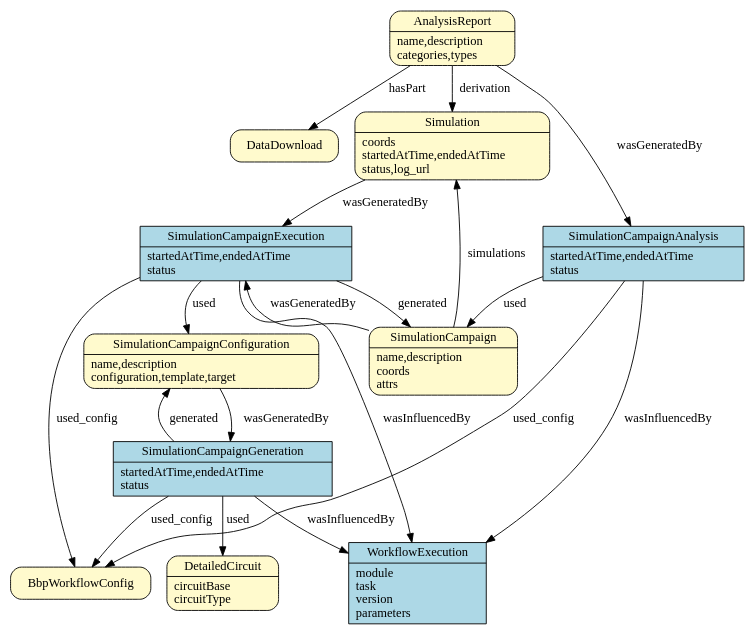
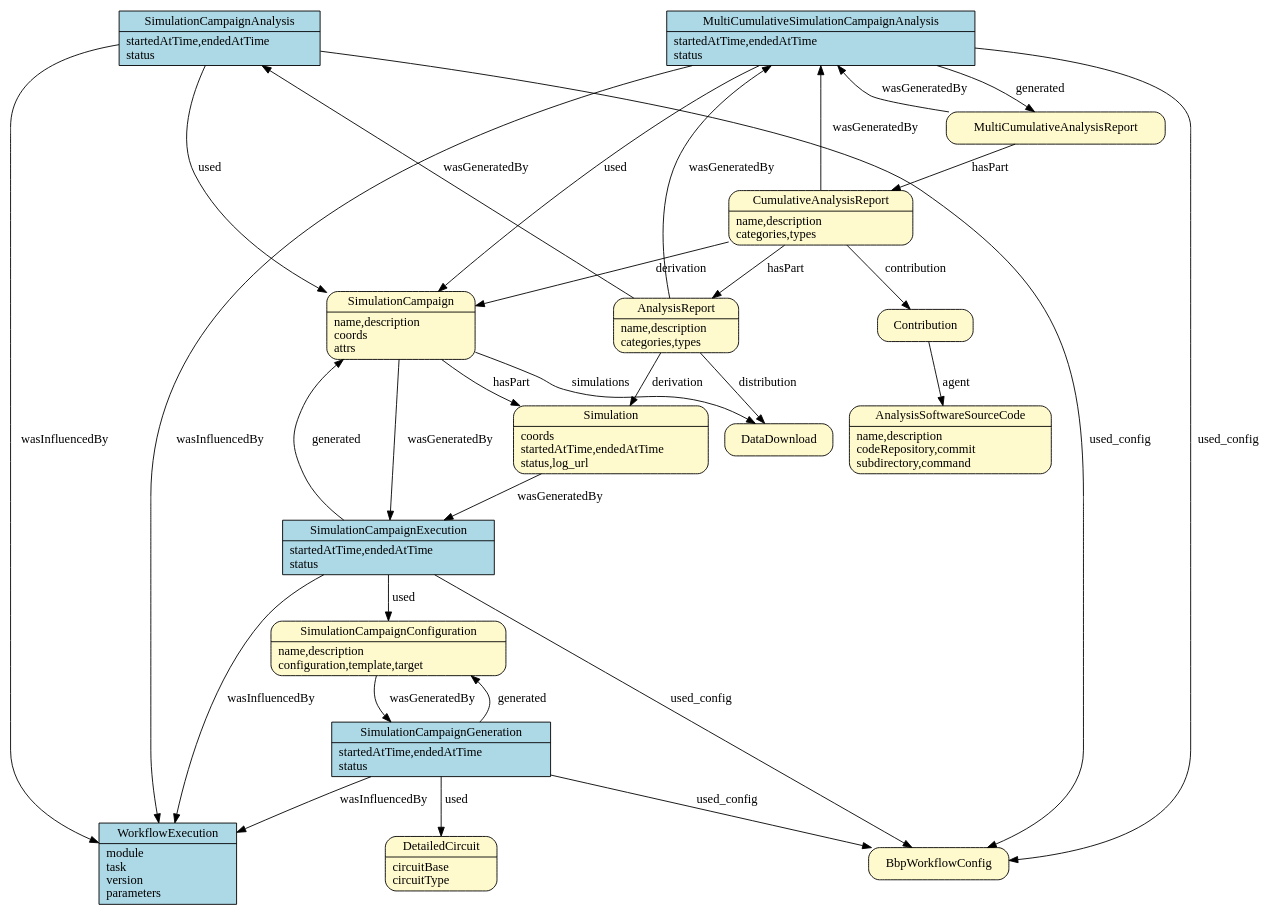
The fourth of 4 diagrams in doc/source/prov_patterns.rst (BlueBrain/entity-management), drawn with Graphviz before and after one commit. The commit also changed 1 other file, not shown here.

Commit message:
[BBPP134-874] Add CumulativeAnalysisReport model
* the connection `AnalysisReport -> DataDownload` is `distribution`, instead of `hasPart` (now it's synchronised with the code)
* the connection `SimulationCampaign -> Simulation` is `hasPart` to link multiple Simulations, instead of `simulation` (need changes to the code)
* added `CumulativeAnalysisReport`, linked to multiple `AnalysisReport` with `hasPart` (need changes to the code)
* added CumulativeAnalysisReport -> (contribution, agent) -> AnalysisSoftwareSourceCode

```diff
--- a/doc/source/prov_patterns.rst
+++ b/doc/source/prov_patterns.rst
@@ -137,11 +137,37 @@
             href = "../generated/entity_management.simulation.html#entity_management.simulation.SimulationCampaignAnalysis"
             target = "_top"
         ]
+        MultiCumulativeSimulationCampaignAnalysis [
+            shape = record style = filled fillcolor = lightblue
+            label = "{MultiCumulativeSimulationCampaignAnalysis|startedAtTime,endedAtTime\lstatus\l}"
+            href = "../generated/entity_management.simulation.html#entity_management.simulation.MultiCumulativeSimulationCampaignAnalysis"
+            target = "_top"
+        ]
         AnalysisReport [
             shape = Mrecord style = filled fillcolor = lemonchiffon
             label = "{AnalysisReport|name,description\lcategories,types\l}"
             href = "../generated/entity_management.simulation.html#entity_management.simulation.AnalysisReport"
             target = "_top"
+        ]
+        CumulativeAnalysisReport [
+            shape = Mrecord style = filled fillcolor = lemonchiffon
+            label = "{CumulativeAnalysisReport|name,description\lcategories,types\l}"
+            href = "../generated/entity_management.simulation.html#entity_management.simulation.CumulativeAnalysisReport"
+            target = "_top"
+        ]
+        MultiCumulativeAnalysisReport [
+            shape = Mrecord style = filled fillcolor = lemonchiffon
+            href = "../generated/entity_management.simulation.html#entity_management.simulation.MultiCumulativeAnalysisReport"
+            target = "_top"
+        ]
+        AnalysisSoftwareSourceCode [
+            shape = Mrecord style = filled fillcolor = lemonchiffon
+            label = "{AnalysisSoftwareSourceCode|name,description\lcodeRepository,commit\lsubdirectory,command\l}"
+            href = "../generated/entity_management.simulation.html#entity_management.simulation.AnalysisSoftwareSourceCode"
+            target = "_top"
+        ]
+        Contribution [
+            shape = Mrecord style = filled fillcolor = lemonchiffon
         ]
         WorkflowExecution [
             shape = record style = filled fillcolor = lightblue
@@ -149,7 +175,8 @@
             href = "../generated/entity_management.core.html#entity_management.core.WorkflowExecution"
             target = "_top"
         ]
-        { rank=same SimulationCampaignConfiguration SimulationCampaign }
+        { rank=same SimulationCampaignAnalysis MultiCumulativeSimulationCampaignAnalysis }
+        # simulation
         SimulationCampaignGeneration -> BbpWorkflowConfig [label = "used_config"];
         SimulationCampaignGeneration -> DetailedCircuit [label = "used"];
         SimulationCampaignConfiguration -> SimulationCampaignGeneration [label = "wasGeneratedBy"];
@@ -160,12 +187,26 @@
         SimulationCampaignExecution -> SimulationCampaign [label = "generated"];
         SimulationCampaignExecution -> WorkflowExecution [label = "wasInfluencedBy"];
         SimulationCampaign -> SimulationCampaignExecution [label = "wasGeneratedBy"];
-        SimulationCampaign -> Simulation [label = "simulations"];
+        SimulationCampaign -> Simulation [label = "hasPart"];
+        SimulationCampaign -> DataDownload [label = "simulations"];
         Simulation -> SimulationCampaignExecution [label = "wasGeneratedBy"];
+        # analysis
         SimulationCampaignAnalysis -> BbpWorkflowConfig [label = "used_config"];
         SimulationCampaignAnalysis -> SimulationCampaign [label = "used"];
         SimulationCampaignAnalysis -> WorkflowExecution [label = "wasInfluencedBy"];
+        MultiCumulativeSimulationCampaignAnalysis -> BbpWorkflowConfig [label = "used_config"];
+        MultiCumulativeSimulationCampaignAnalysis -> SimulationCampaign [label = "used"];
+        MultiCumulativeSimulationCampaignAnalysis -> WorkflowExecution [label = "wasInfluencedBy"];
+        MultiCumulativeSimulationCampaignAnalysis -> MultiCumulativeAnalysisReport [label = "generated"];
         AnalysisReport -> Simulation [label = "derivation"];
         AnalysisReport -> SimulationCampaignAnalysis [label = "wasGeneratedBy"];
-        AnalysisReport -> DataDownload [label = "hasPart"];
+        AnalysisReport -> MultiCumulativeSimulationCampaignAnalysis [label = "wasGeneratedBy"];
+        AnalysisReport -> DataDownload [label = "distribution"];
+        CumulativeAnalysisReport -> SimulationCampaign [label = "derivation"];
+        CumulativeAnalysisReport -> MultiCumulativeSimulationCampaignAnalysis [label = "wasGeneratedBy"];
+        CumulativeAnalysisReport -> AnalysisReport [label = "hasPart"];
+        CumulativeAnalysisReport -> Contribution [label = "contribution"];
+        Contribution -> AnalysisSoftwareSourceCode [label = "agent"];
+        MultiCumulativeAnalysisReport -> MultiCumulativeSimulationCampaignAnalysis [label = "wasGeneratedBy"];
+        MultiCumulativeAnalysisReport -> CumulativeAnalysisReport [label = "hasPart"];
     }
```
